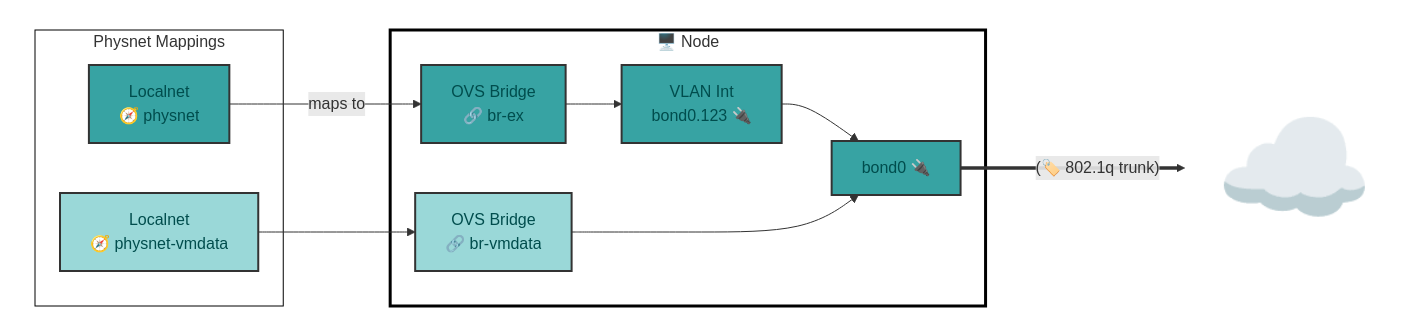
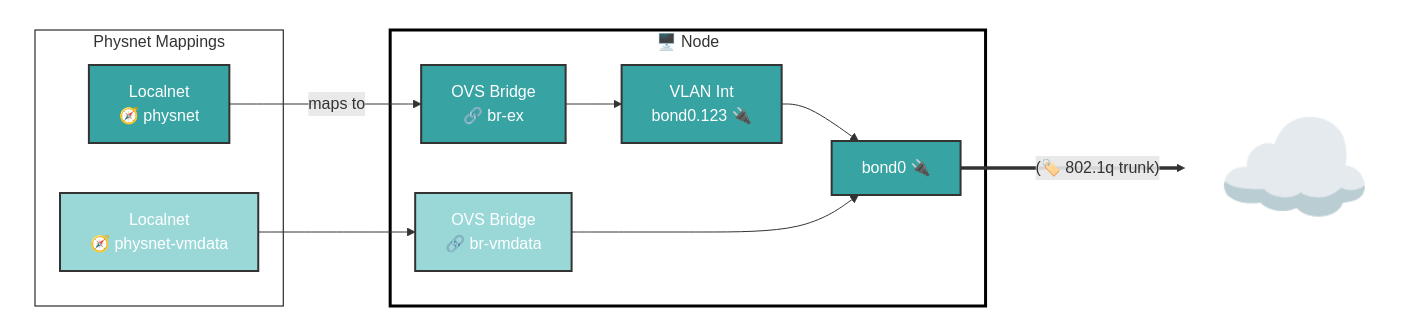
The second of 7 diagrams in README.md (dlbewley/demo-rhone-26), drawn with Mermaid before and after one commit. The commit also changed other lines of this file, not shown here.

Commit message:
test white text

````diff
--- a/README.md
+++ b/README.md
@@ -66,37 +67,39 @@
 ```mermaid
 graph LR;
     subgraph Cluster[" "]
       subgraph Localnets["Physnet Mappings"]
         physnet-ex[Localnet<br> 🧭 physnet]
         physnet-vmdata[Localnet<br> 🧭 physnet-vmdata]
       end
 
       subgraph node1["🖥️ Node "]
         br-ex[ OVS Bridge<br> 🔗 br-ex]
         br-vmdata[ OVS Bridge<br> 🔗 br-vmdata]
         node1-bond0[bond0 🔌]
         node1-vlan-machine[VLAN Int<br> bond0.123 🔌]
       end
     end
 
     physnet-ex -- maps to --> br-ex
     physnet-vmdata --> br-vmdata
     br-ex --> node1-vlan-machine --> node1-bond0
     br-vmdata --> node1-bond0
 
     Internet["☁️ "]:::Internet
     node1-bond0 ==(🏷️ 802.1q trunk)==> Internet
 
-    classDef bond0 fill:#37A3A3,color:#004d4d,stroke:#333,stroke-width:2px
+    classDef xbond0 fill:#37A3A3,color:#004d4d,stroke:#333,stroke-width:2px
+    classDef bond0 fill:#37A3A3,color:#fff,stroke:#333,stroke-width:2px
     class br-ex,physnet-ex,node1-vlan-machine,node1-bond0 bond0
 
-    classDef bond1 fill:#9ad8d8,color:#004d4d,stroke:#333,stroke-width:2px
+    classDef xbond1 fill:#9ad8d8,color:#004d4d,stroke:#333,stroke-width:2px
+    classDef bond1 fill:#9ad8d8,color:#fff,stroke:#333,stroke-width:2px
     class br-vmdata,physnet-vmdata bond1
 
     style Localnets fill:#fff,stroke:#000,stroke-width:1px
     style Cluster color:#000,fill:#fff,stroke:#333,stroke-width:0px
     style Internet fill:none,stroke-width:0px,font-size:+2em
 
     classDef nodes fill:#fff,stroke:#000,stroke-width:3px
     class node1,node2,node3 nodes
 ```
````
